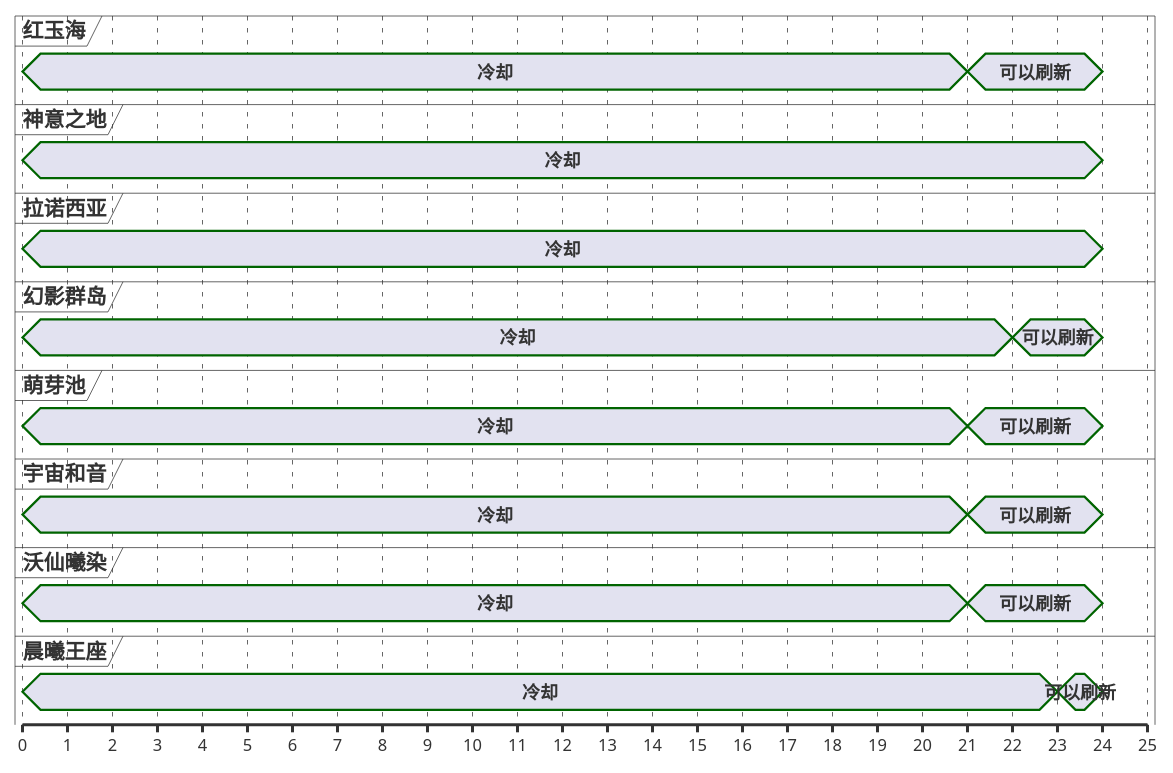
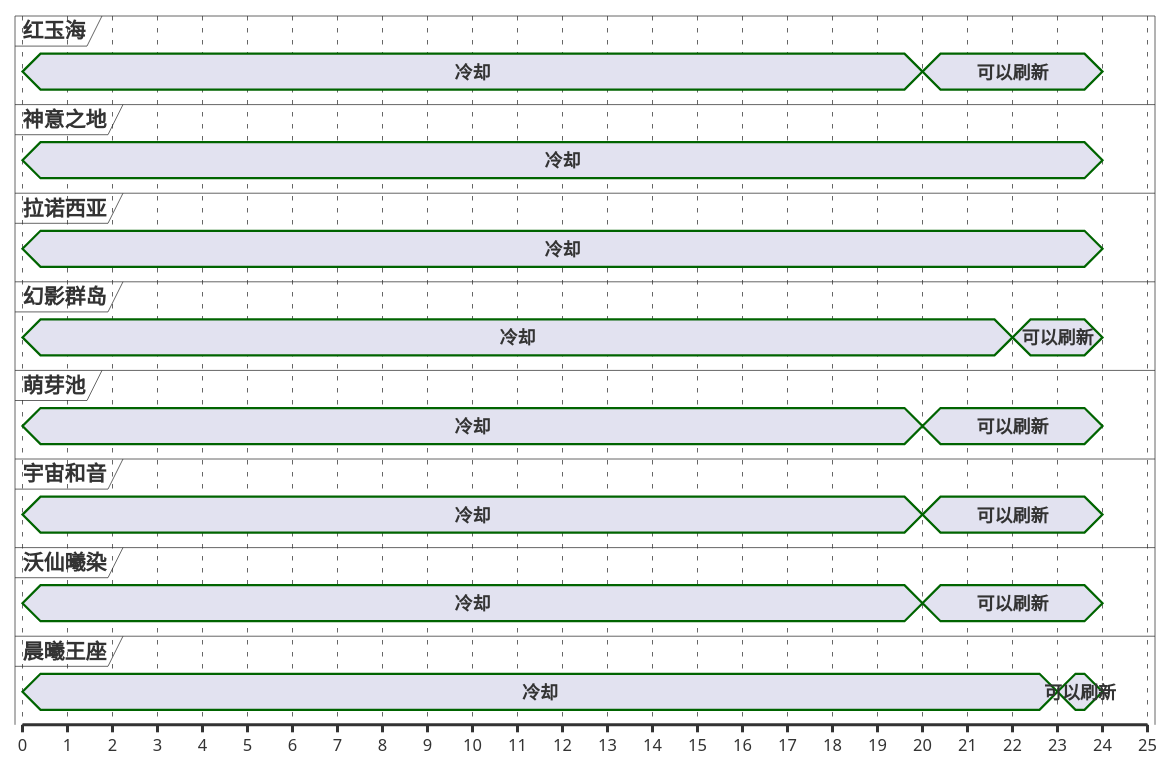
One commit to Eroleice/doc-pi changed the first of 13 diagrams in ffxiv/hunt/2.0/Croque-mitaine.md. Above: the diagram before and after it, drawn with PlantUML. The commit also changed other lines of this file and 38 other files, not shown here.

````diff
--- a/ffxiv/hunt/2.0/Croque-mitaine.md
+++ b/ffxiv/hunt/2.0/Croque-mitaine.md
@@ -33,53 +33,53 @@
 ```plantuml
 @startuml
 scale 1 as 30 pixels
 
 concise 红玉海
 concise 神意之地
 concise 拉诺西亚
 concise 幻影群岛
 concise 萌芽池
 concise 宇宙和音
 concise 沃仙曦染
 concise 晨曦王座
 
 @萌芽池
 0 is 冷却
-21 is 可以刷新
+20 is 可以刷新
 24 is {hidden}
 
 @宇宙和音
 0 is 冷却
-21 is 可以刷新
+20 is 可以刷新
 24 is {hidden}
 
 @红玉海
 0 is 冷却
-21 is 可以刷新
+20 is 可以刷新
 24 is {hidden}
 
 @沃仙曦染
 0 is 冷却
-21 is 可以刷新
+20 is 可以刷新
 24 is {hidden}
 
 @幻影群岛
 0 is 冷却
 22 is 可以刷新
 24 is {hidden}
 
 @晨曦王座
 0 is 冷却
 23 is 可以刷新
 24 is {hidden}
 
 @拉诺西亚
 0 is 冷却
 24 is {hidden}
 
 @神意之地
 0 is 冷却
 24 is {hidden}
 
 @enduml
 ```
````
